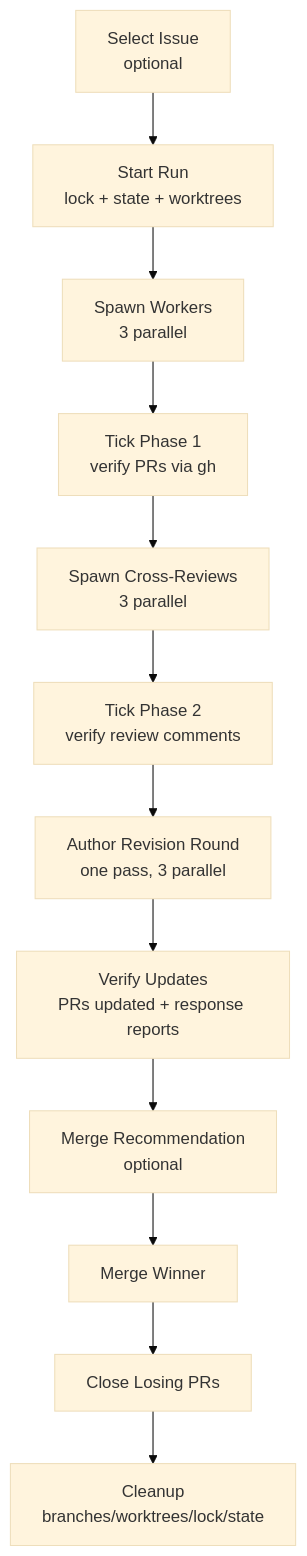
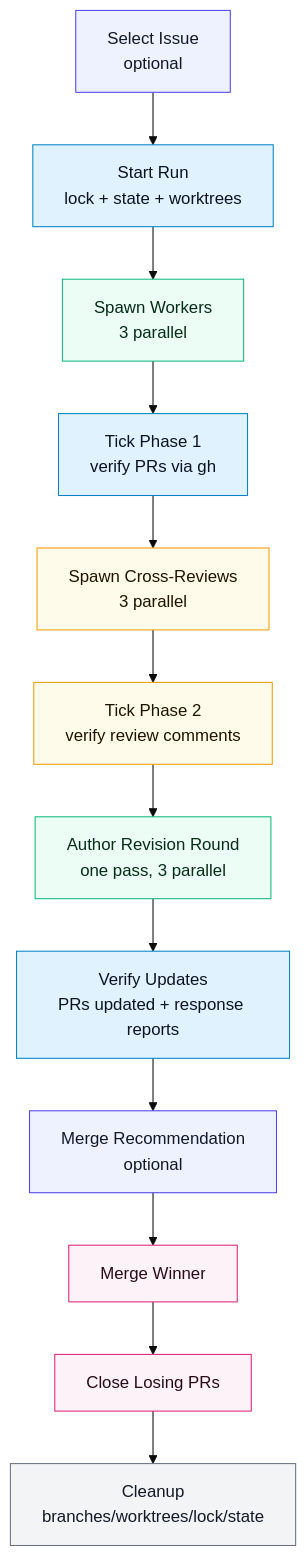
One commit to michaelirey/bakeoff changed the diagram in README.md. Above: the diagram before and after it, drawn with Mermaid (base theme).

Commit message:
Mermaid: add colored styling for workflow nodes

````diff
--- a/README.md
+++ b/README.md
@@ -21,14 +21,29 @@
 ```mermaid
 flowchart TD
   A["Select Issue<br>optional"] --> B["Start Run<br>lock + state + worktrees"]
   B --> C["Spawn Workers<br>3 parallel"]
   C --> D["Tick Phase 1<br>verify PRs via gh"]
   D --> E["Spawn Cross-Reviews<br>3 parallel"]
   E --> F["Tick Phase 2<br>verify review comments"]
   F --> G["Author Revision Round<br>one pass, 3 parallel"]
   G --> H["Verify Updates<br>PRs updated + response reports"]
   H --> I["Merge Recommendation<br>optional"]
   I --> J["Merge Winner"]
   J --> K["Close Losing PRs"]
   K --> L["Cleanup<br>branches/worktrees/lock/state"]
+
+  %% Styling
+  classDef optional fill:#EEF2FF,stroke:#4F46E5,stroke-width:1px,color:#111827;
+  classDef orchestration fill:#E0F2FE,stroke:#0284C7,stroke-width:1px,color:#0B1220;
+  classDef workers fill:#ECFDF5,stroke:#10B981,stroke-width:1px,color:#052E16;
+  classDef reviews fill:#FFFBEB,stroke:#F59E0B,stroke-width:1px,color:#1F1300;
+  classDef merge fill:#FDF2F8,stroke:#DB2777,stroke-width:1px,color:#2A0A17;
+  classDef cleanup fill:#F3F4F6,stroke:#6B7280,stroke-width:1px,color:#111827;
+
+  class A,I optional;
+  class B,D,F,H orchestration;
+  class C,G workers;
+  class E,F reviews;
+  class J,K merge;
+  class L cleanup;
 ```
````
